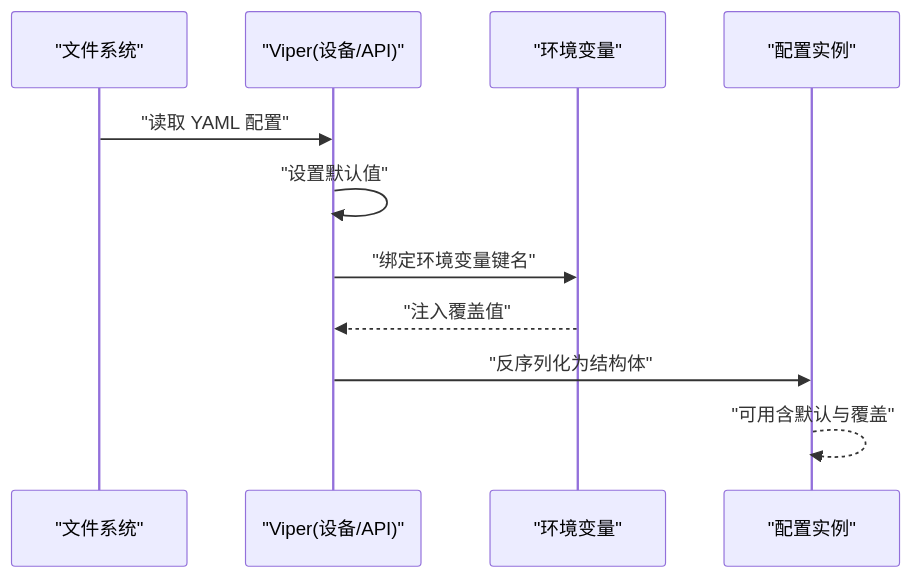
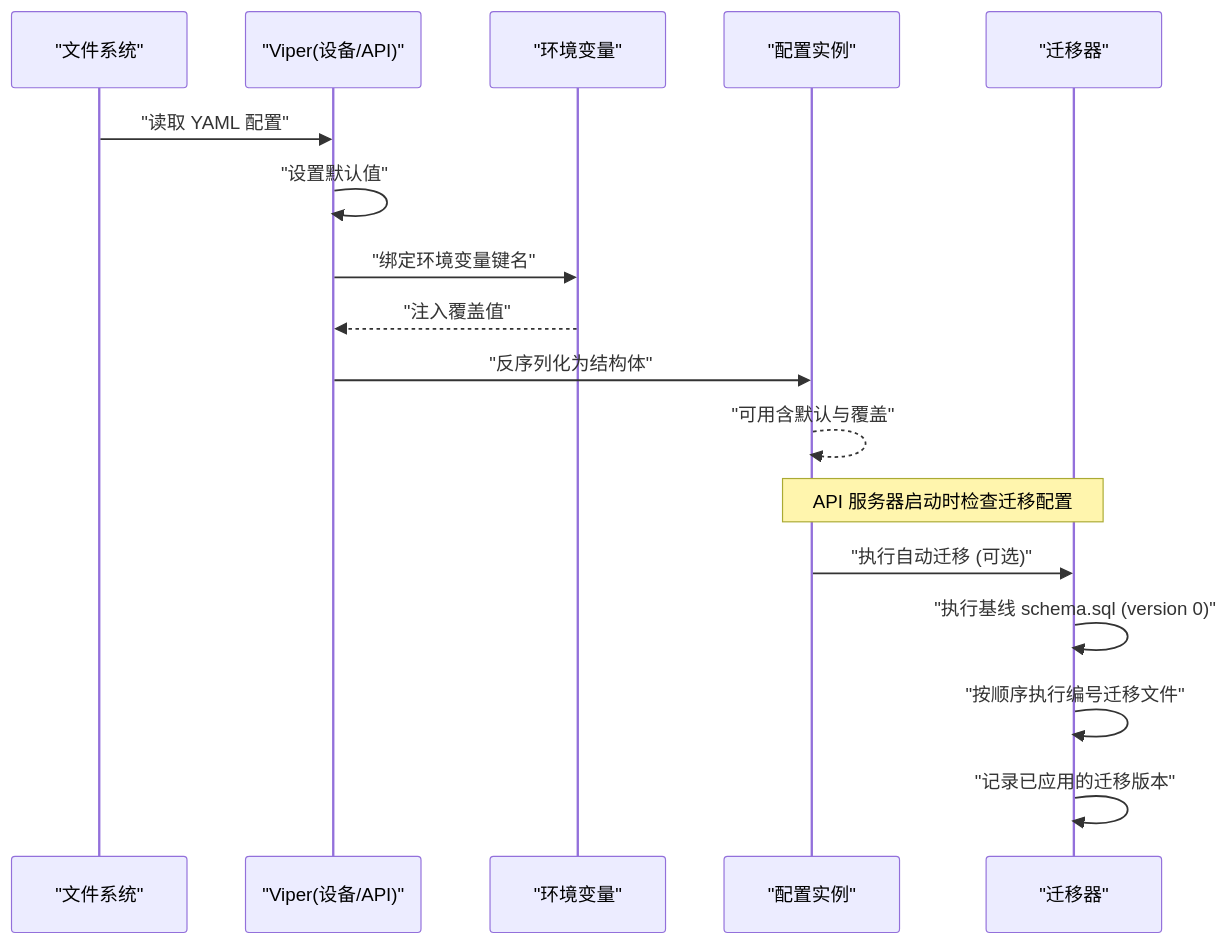
One commit to mcmrzy/cs_inv_monitor-develop changed the second of 7 diagrams in .qoder/repowiki/zh/content/设备服务器/配置管理.md. Above: the diagram before and after it, drawn with Mermaid. The commit also changed other lines of this file and 28 other files, not shown here.

````diff
--- a/.qoder/repowiki/zh/content/设备服务器/配置管理.md
+++ b/.qoder/repowiki/zh/content/设备服务器/配置管理.md
@@ -92,13 +112,19 @@
 ```mermaid
 sequenceDiagram
 participant FS as "文件系统"
 participant V1 as "Viper(设备/API)"
 participant ENV as "环境变量"
 participant CFG as "配置实例"
+participant MIGR as "迁移器"
 FS->>V1 : "读取 YAML 配置"
 V1->>V1 : "设置默认值"
 V1->>ENV : "绑定环境变量键名"
 ENV-->>V1 : "注入覆盖值"
 V1->>CFG : "反序列化为结构体"
 CFG-->>CFG : "可用含默认与覆盖"
+Note over CFG,MIGR : API 服务器启动时检查迁移配置
+CFG->>MIGR : "执行自动迁移 (可选)"
+MIGR->>MIGR : "执行基线 schema.sql (version 0)"
+MIGR->>MIGR : "按顺序执行编号迁移文件"
+MIGR->>MIGR : "记录已应用的迁移版本"
 ```
````
